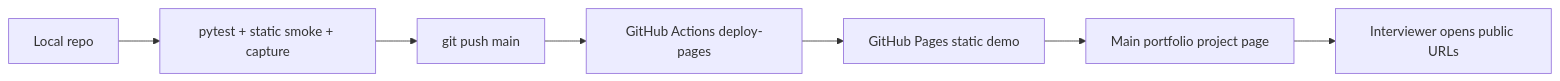
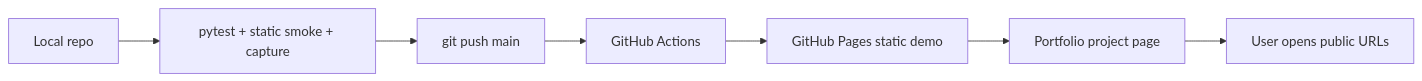
Before and after one commit to Justin21523/LLM-train-eval-ship: the sixth of 6 diagrams in README.md, drawn with Mermaid. The commit also changed other lines of this file and 13 other files, not shown here.

````diff
--- a/README.md
+++ b/README.md
@@ -207,9 +208,9 @@
 ```mermaid
 flowchart LR
   Dev[Local repo] --> Test[pytest + static smoke + capture]
   Test --> Push[git push main]
-  Push --> Actions[GitHub Actions deploy-pages]
+  Push --> Actions[GitHub Actions]
   Actions --> Pages[GitHub Pages static demo]
-  Pages --> Portfolio[Main portfolio project page]
-  Portfolio --> Reviewer[Interviewer opens public URLs]
+  Pages --> Portfolio[Portfolio project page]
+  Portfolio --> User[User opens public URLs]
 ```
````
